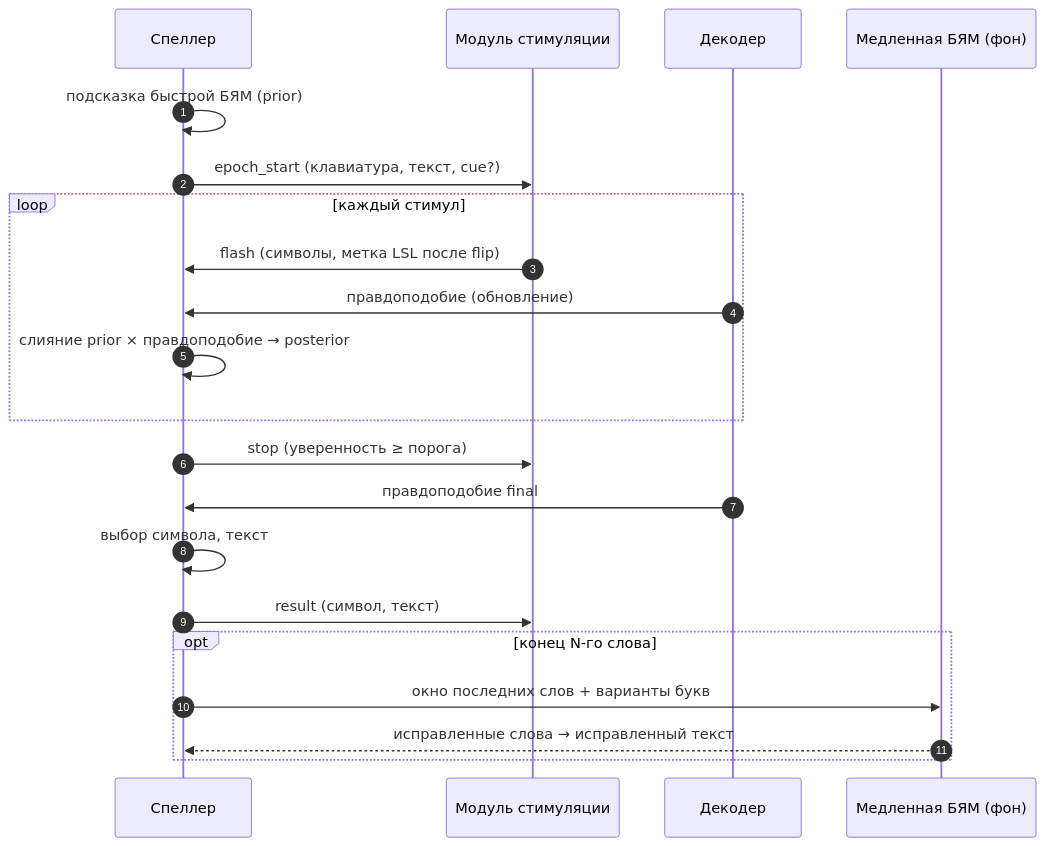
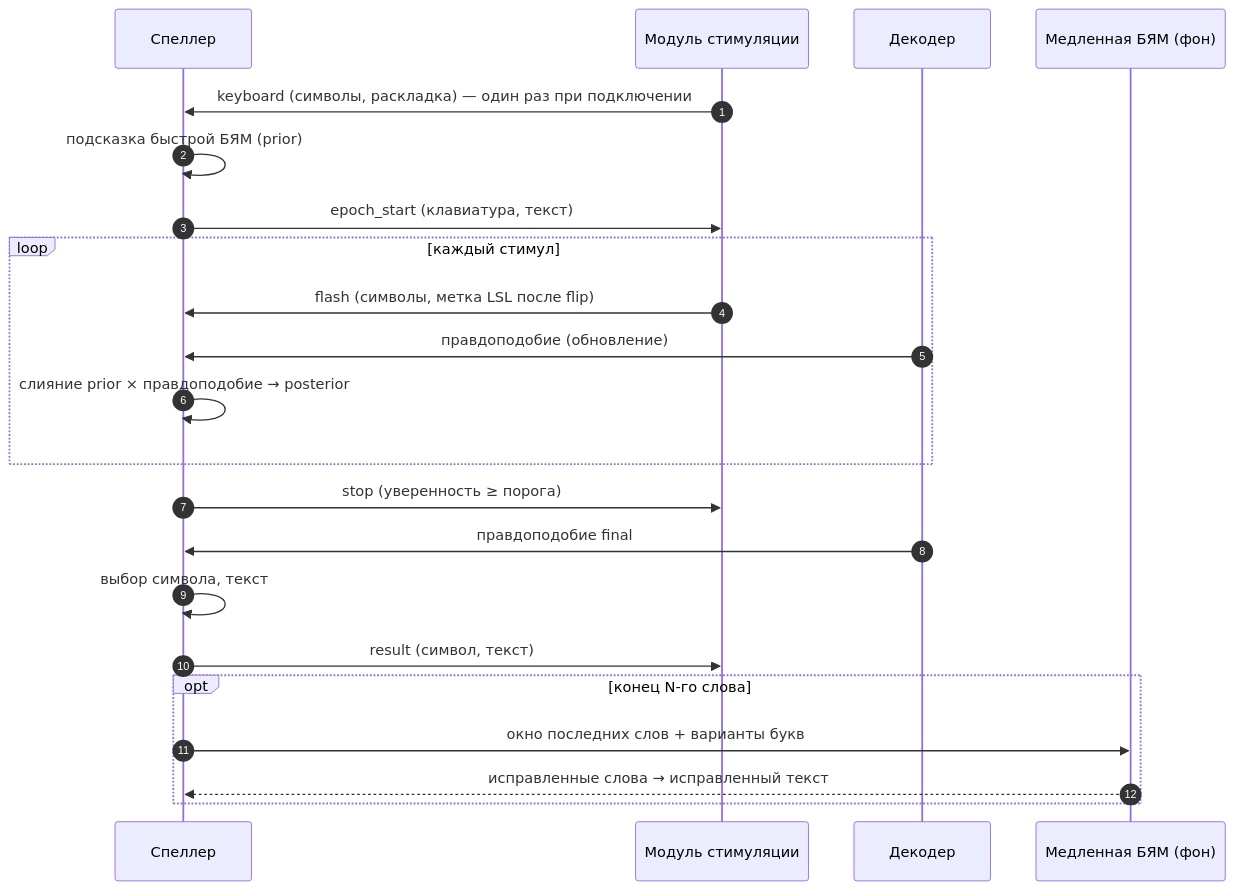
The diagram in docs/ARCHITECTURE.md (WaRotiFY/speller1p), drawn with Mermaid before and after one commit. The commit also changed other lines of this file and 38 other files, not shown here.

````diff
--- a/docs/ARCHITECTURE.md
+++ b/docs/ARCHITECTURE.md
@@ -18,23 +18,24 @@
 ```mermaid
 sequenceDiagram
     autonumber
     participant S as Спеллер
     participant M as Модуль стимуляции
     participant D as Декодер
     participant L as Медленная БЯМ (фон)
+    M->>S: keyboard (символы, раскладка) — один раз при подключении
     S->>S: подсказка быстрой БЯМ (prior)
-    S->>M: epoch_start (клавиатура, текст, cue?)
+    S->>M: epoch_start (клавиатура, текст)
     loop каждый стимул
         M->>S: flash (символы, метка LSL после flip)
         D->>S: правдоподобие (обновление)
         S->>S: слияние prior × правдоподобие → posterior
     end
     S->>M: stop (уверенность ≥ порога)
     D->>S: правдоподобие final
     S->>S: выбор символа, текст
     S->>M: result (символ, текст)
     opt конец N-го слова
         S->>L: окно последних слов + варианты букв
         L-->>S: исправленные слова → исправленный текст
     end
 ```
````
